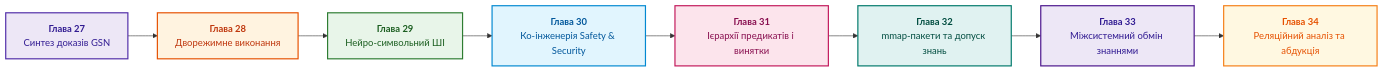
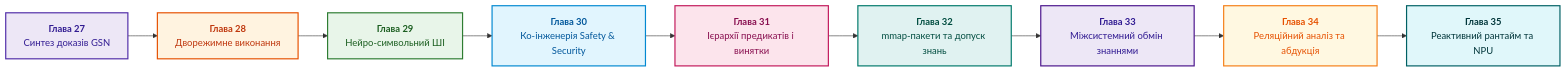
Before and after one commit to nick-fedchik/articles: the diagram in ExpertSystem/part-06-frontiers-neuro-symbolic.md, drawn with Mermaid. The commit also changed other lines of this file and 4 other files, not shown here.

````diff
--- a/ExpertSystem/part-06-frontiers-neuro-symbolic.md
+++ b/ExpertSystem/part-06-frontiers-neuro-symbolic.md
@@ -22,31 +22,34 @@
 ```mermaid
 flowchart LR
     accTitle: Кульмінація технологій у Частині VI
     accDescr: Від синтезу сертифікаційних доказів GSN через дворежимне виконання та нейро-символьний ШІ до ко-інженерії, силогістичного рушія та бінарних mmap-пакетів.
 
     GSN["<b>Глава 27</b><br/>Синтез доказів GSN"] --> DUAL["<b>Глава 28</b><br/>Дворежимне виконання"]
     DUAL --> NESY["<b>Глава 29</b><br/>Нейро-символьний ШІ"]
     NESY --> COENG["<b>Глава 30</b><br/>Ко-інженерія Safety & Security"]
     COENG --> SYLLOG["<b>Глава 31</b><br/>Ієрархії предикатів і винятки"]
     SYLLOG --> MMAP["<b>Глава 32</b><br/>mmap-пакети та допуск знань"]
     MMAP --> XCHG["<b>Глава 33</b><br/>Міжсистемний обмін знаннями"]
     XCHG --> ABD["<b>Глава 34</b><br/>Реляційний аналіз та абдукція"]
+    ABD --> REACT["<b>Глава 35</b><br/>Реактивний рантайм та NPU"]
 
     classDef gsn fill:#ede7f6,stroke:#512da8,stroke-width:2px,color:#311b92;
     classDef dual fill:#fff3e0,stroke:#e65100,stroke-width:2px,color:#bf360c;
     classDef nesy fill:#e8f5e9,stroke:#2e7d32,stroke-width:2px,color:#1b5e20;
     classDef coeng fill:#e1f5fe,stroke:#0288d1,stroke-width:2px,color:#01579b;
     classDef syllog fill:#fce4ec,stroke:#c2185b,stroke-width:2px,color:#880e4f;
     classDef mmap fill:#e0f2f1,stroke:#00796b,stroke-width:2px,color:#004d40;
     classDef xchg fill:#ede7f6,stroke:#4a148c,stroke-width:2px,color:#311b92;
     classDef abd fill:#fff8e1,stroke:#f57f17,stroke-width:2px,color:#e65100;
+    classDef react fill:#e0f7fa,stroke:#006064,stroke-width:2px,color:#00363a;
 
     class GSN gsn;
     class DUAL dual;
     class NESY nesy;
     class COENG coeng;
     class SYLLOG syllog;
     class MMAP mmap;
     class XCHG xchg;
     class ABD abd;
+    class REACT react;
 ```
````
